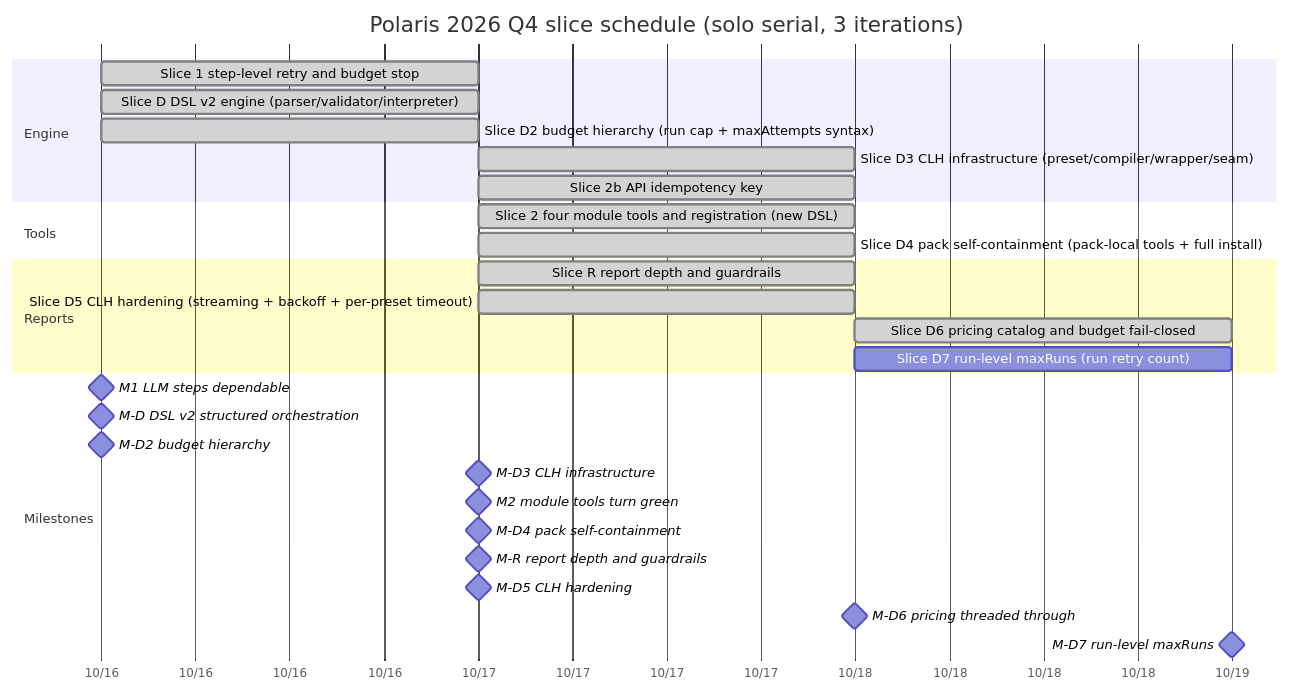
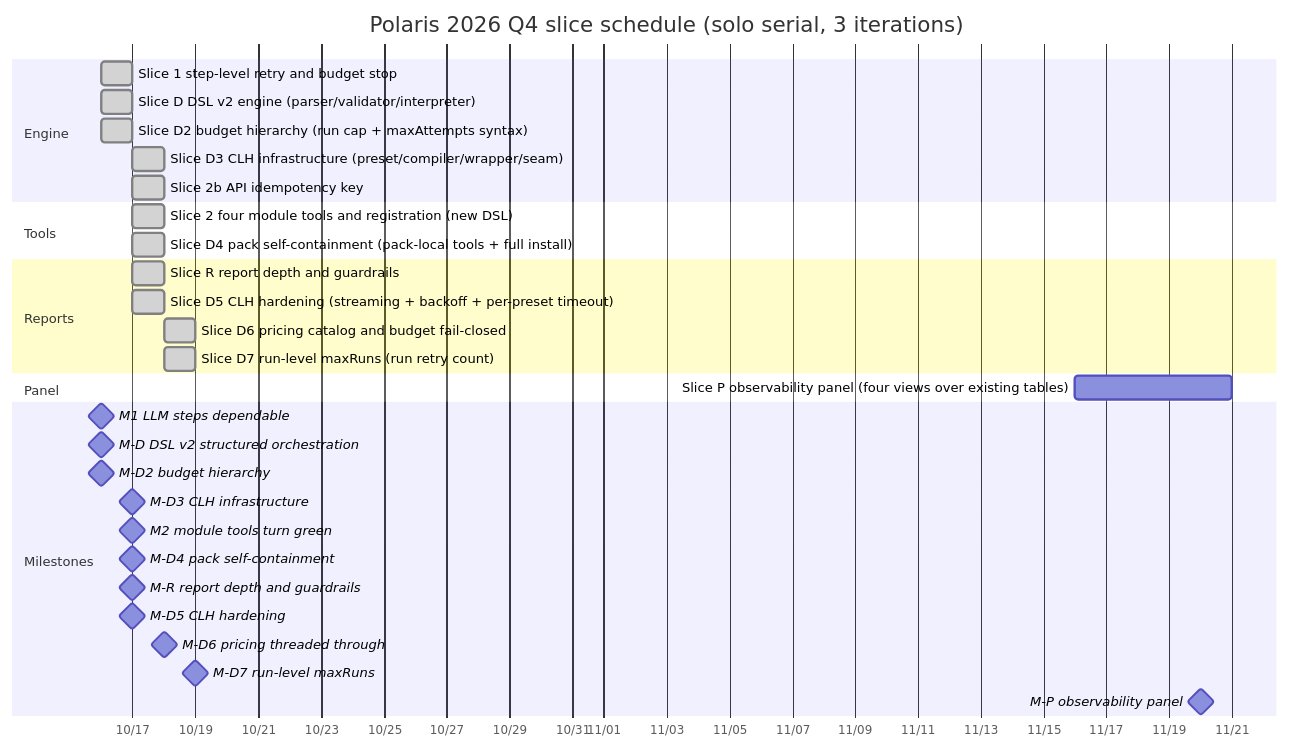
The diagram in apps/docs/site/development/roadmap.md (55aaseclab/Polaris), drawn with Mermaid before and after one commit. The commit also changed other lines of this file, not shown here.

````diff
--- a/apps/docs/site/development/roadmap.md
+++ b/apps/docs/site/development/roadmap.md
@@ -94,31 +96,34 @@
 ```mermaid
 gantt
     title Polaris 2026 Q4 slice schedule (solo serial, 3 iterations)
     dateFormat YYYY-MM-DD
     axisFormat %m/%d
     section Engine
     Slice 1 step-level retry and budget stop :done, a1, 2026-10-16, 1d
     Slice D DSL v2 engine (parser/validator/interpreter) :done, a2, 2026-10-16, 1d
     Slice D2 budget hierarchy (run cap + maxAttempts syntax) :done, a4, 2026-10-16, 1d
     Slice D3 CLH infrastructure (preset/compiler/wrapper/seam) :done, a5, 2026-10-17, 1d
     Slice 2b API idempotency key :done, a3, 2026-10-17, 1d
     section Tools
     Slice 2 four module tools and registration (new DSL) :done, b1, 2026-10-17, 1d
     Slice D4 pack self-containment (pack-local tools + full install) :done, b2, 2026-10-17, 1d
     section Reports
     Slice R report depth and guardrails :done, r1, 2026-10-17, 1d
     Slice D5 CLH hardening (streaming + backoff + per-preset timeout) :done, c1, 2026-10-17, 1d
     Slice D6 pricing catalog and budget fail-closed :done, c2, 2026-10-18, 1d
-    Slice D7 run-level maxRuns (run retry count) :c3, 2026-10-18, 1d
+    Slice D7 run-level maxRuns (run retry count) :done, c3, 2026-10-18, 1d
+    section Panel
+    Slice P observability panel (four views over existing tables) :p1, 2026-11-16, 5d
     section Milestones
     M1 LLM steps dependable :milestone, m1, 2026-10-16, 0d
     M-D DSL v2 structured orchestration :milestone, md, 2026-10-16, 0d
     M-D2 budget hierarchy :milestone, md2, 2026-10-16, 0d
     M-D3 CLH infrastructure :milestone, md3, 2026-10-17, 0d
     M2 module tools turn green :milestone, m2, 2026-10-17, 0d
     M-D4 pack self-containment :milestone, md4, 2026-10-17, 0d
     M-R report depth and guardrails :milestone, mr, 2026-10-17, 0d
     M-D5 CLH hardening :milestone, md5, 2026-10-17, 0d
     M-D6 pricing threaded through :milestone, md6, 2026-10-18, 0d
     M-D7 run-level maxRuns :milestone, md7, 2026-10-19, 0d
+    M-P observability panel :milestone, mp, 2026-11-20, 0d
 ```
````
